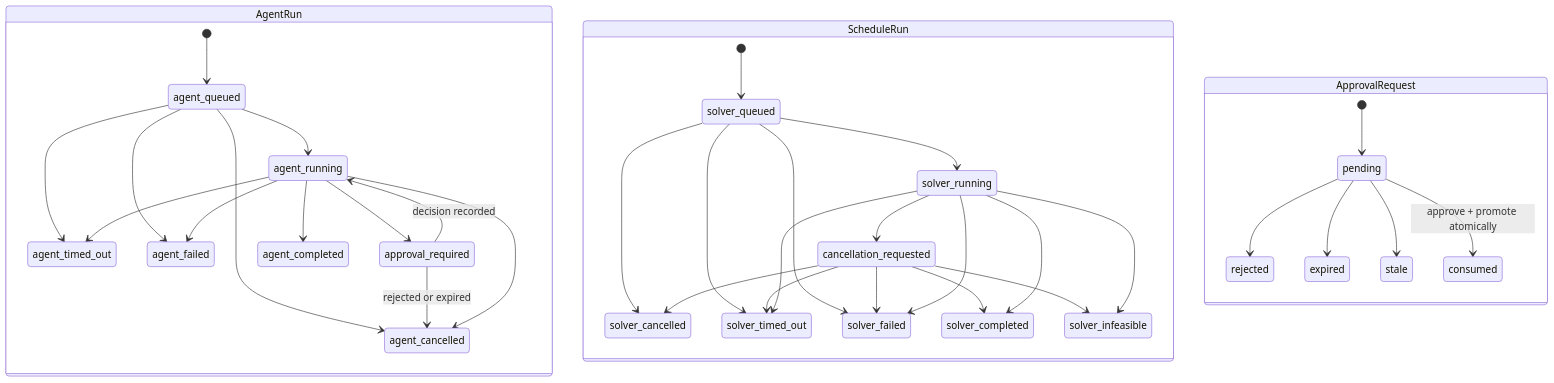
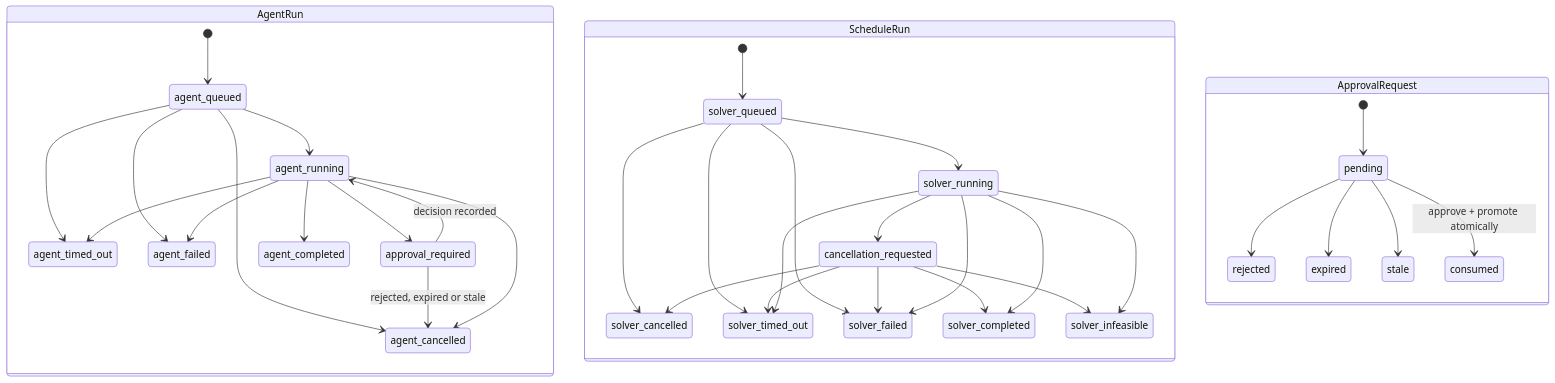
Before and after one commit to ngthquocminh/roster-ai: the second of 5 diagrams in _bmad-output/planning-artifacts/architecture/architecture-ShiftMind-2026-07-22/ARCHITECTURE-SPINE.md, drawn with Mermaid. The commit also changed other lines of this file and 13 other files, not shown here.

First line of the commit message:
chore(retro): Epic 5 hygiene bundle (agent_cancelled, AD-1 leak, test isolation)

````diff
--- a/_bmad-output/planning-artifacts/architecture/architecture-ShiftMind-2026-07-22/ARCHITECTURE-SPINE.md
+++ b/_bmad-output/planning-artifacts/architecture/architecture-ShiftMind-2026-07-22/ARCHITECTURE-SPINE.md
@@ -90,41 +91,41 @@
 ```mermaid
 stateDiagram-v2
     state AgentRun {
       [*] --> agent_queued
       agent_queued --> agent_running
       agent_queued --> agent_cancelled
       agent_queued --> agent_timed_out
       agent_queued --> agent_failed
       agent_running --> approval_required
       approval_required --> agent_running: decision recorded
-      approval_required --> agent_cancelled: rejected or expired
+      approval_required --> agent_cancelled: rejected, expired or stale
       agent_running --> agent_completed
       agent_running --> agent_timed_out
       agent_running --> agent_cancelled
       agent_running --> agent_failed
     }
     state ScheduleRun {
       [*] --> solver_queued
       solver_queued --> solver_running
       solver_queued --> solver_cancelled
       solver_queued --> solver_timed_out
       solver_queued --> solver_failed
       solver_running --> cancellation_requested
       cancellation_requested --> solver_cancelled
       cancellation_requested --> solver_completed
       cancellation_requested --> solver_infeasible
       cancellation_requested --> solver_timed_out
       cancellation_requested --> solver_failed
       solver_running --> solver_completed
       solver_running --> solver_infeasible
       solver_running --> solver_timed_out
       solver_running --> solver_failed
     }
     state ApprovalRequest {
       [*] --> pending
       pending --> rejected
       pending --> expired
       pending --> stale
       pending --> consumed: approve + promote atomically
     }
 ```
````
